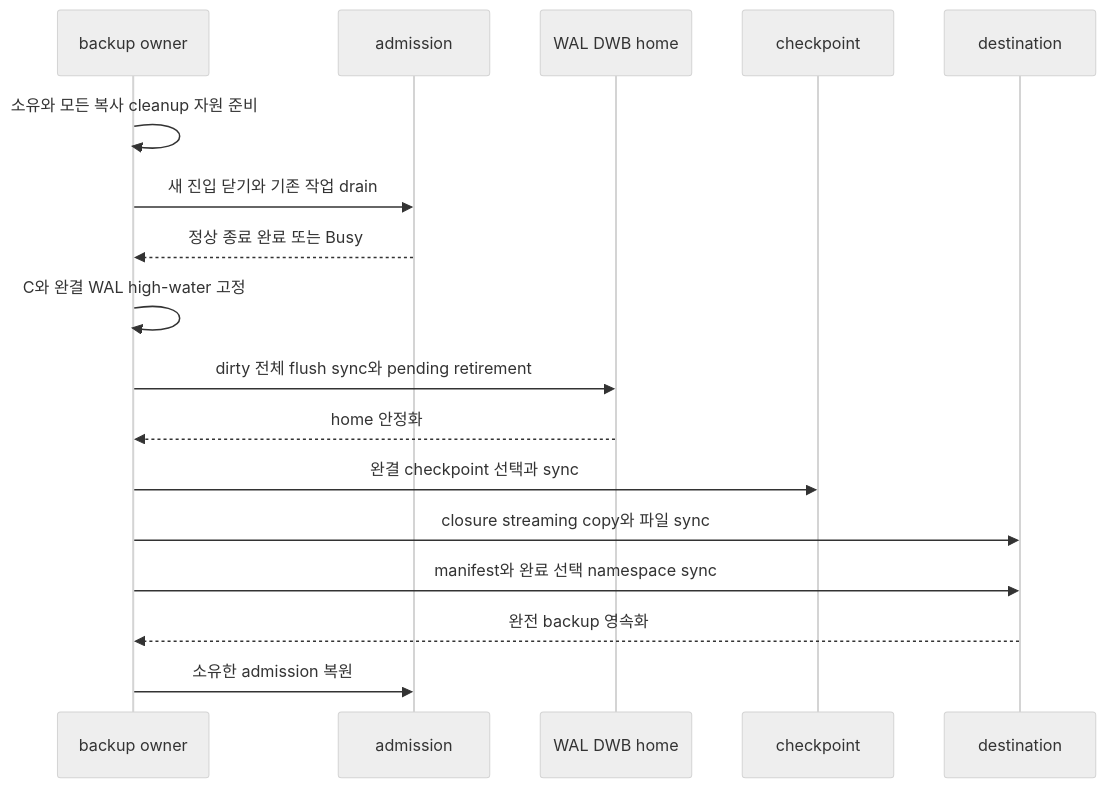
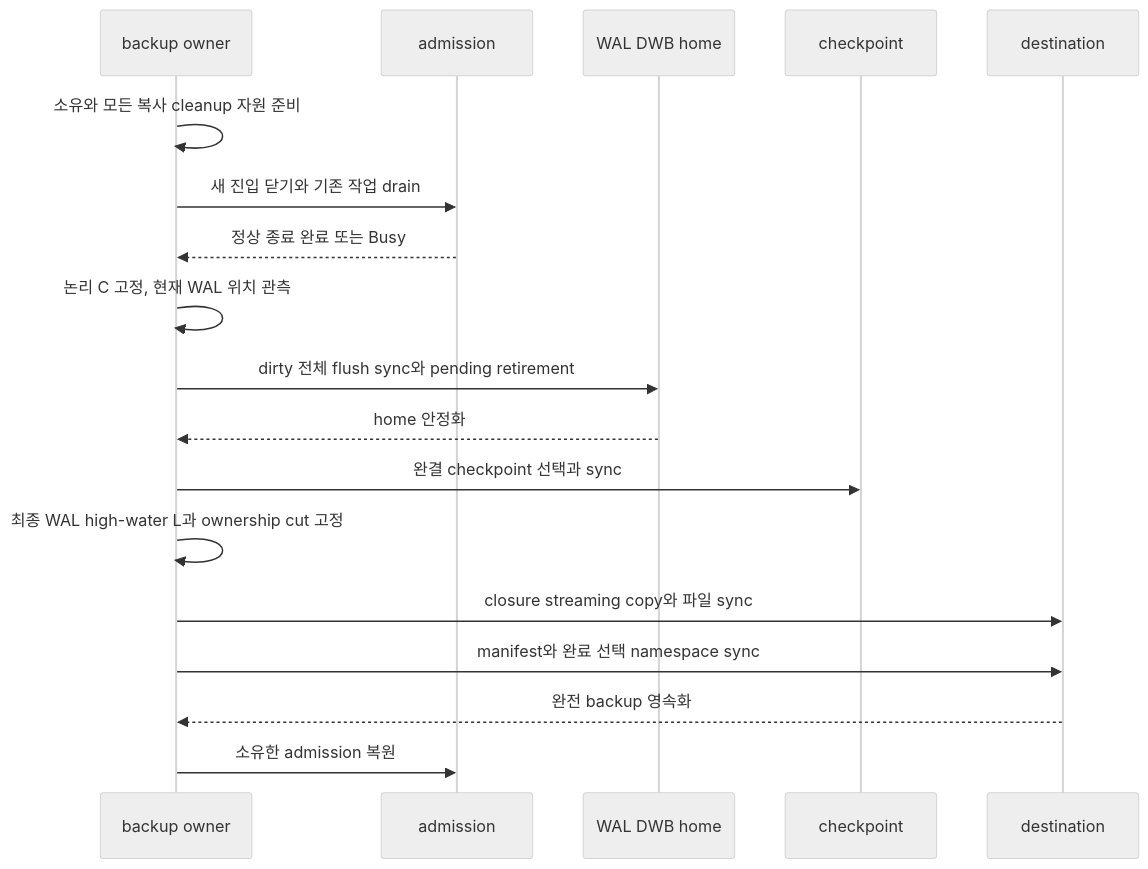
One commit to et16kr/xadb changed the second of 3 diagrams in devdoc/contracts/dev3-task-15-backup-integrity.md. Above: the diagram before and after it, drawn with Mermaid (neutral theme). The commit also changed other lines of this file and 17 other files, not shown here.

````diff
--- a/devdoc/contracts/dev3-task-15-backup-integrity.md
+++ b/devdoc/contracts/dev3-task-15-backup-integrity.md
@@ -85,19 +85,20 @@
 ```mermaid
 sequenceDiagram
   participant B as backup owner
   participant A as admission
   participant F as WAL DWB home
   participant C as checkpoint
   participant D as destination
   B->>B: 소유와 모든 복사 cleanup 자원 준비
   B->>A: 새 진입 닫기와 기존 작업 drain
   A-->>B: 정상 종료 완료 또는 Busy
-  B->>B: C와 완결 WAL high-water 고정
+  B->>B: 논리 C 고정, 현재 WAL 위치 관측
   B->>F: dirty 전체 flush sync와 pending retirement
   F-->>B: home 안정화
   B->>C: 완결 checkpoint 선택과 sync
+  B->>B: 최종 WAL high-water L과 ownership cut 고정
   B->>D: closure streaming copy와 파일 sync
   B->>D: manifest와 완료 선택 namespace sync
   D-->>B: 완전 backup 영속화
   B->>A: 소유한 admission 복원
 ```
````
